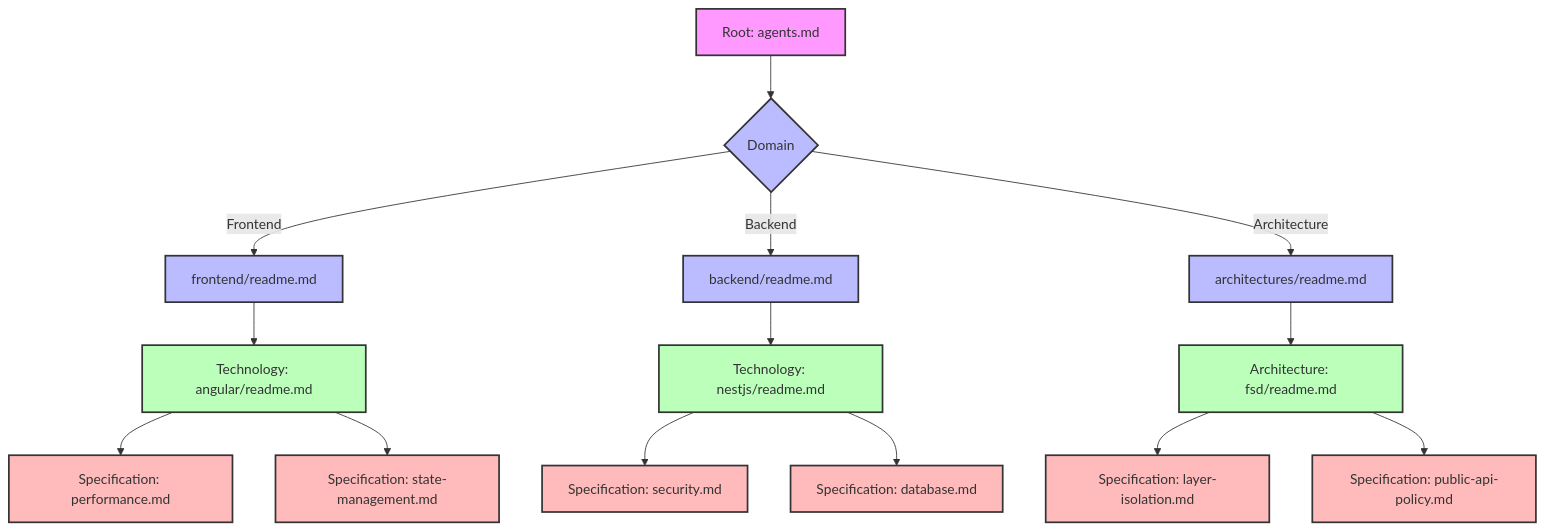
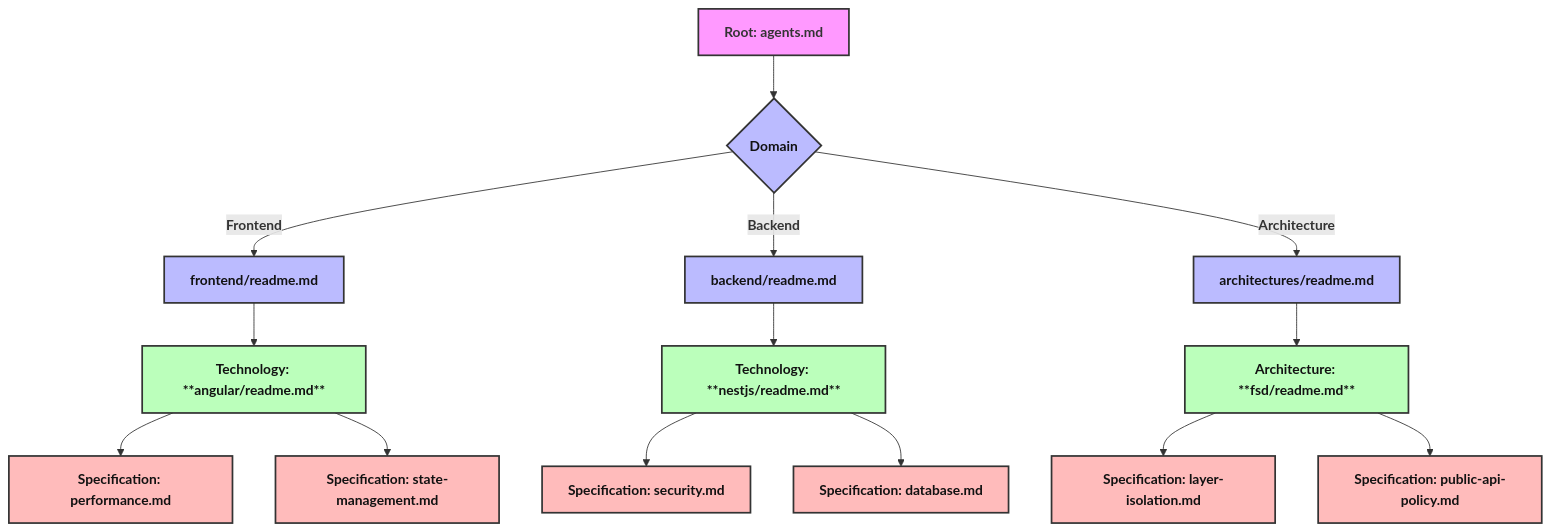
Before and after one commit to beginwebdev2002/best-practise: the diagram in readme.md, drawn with Mermaid. The commit also changed 1 other file, not shown here.

Commit message:
docs: improve Mermaid diagram readability by bolding node text and class definitions.

````diff
--- a/readme.md
+++ b/readme.md
@@ -63,31 +63,31 @@
 ```mermaid
 graph TD
     A[Root: agents.md] --> B{Domain}
     B -->|Frontend| C1[frontend/readme.md]
     B -->|Backend| C2[backend/readme.md]
     B -->|Architecture|C3[architectures/readme.md]
     
-    C1 --> D1[Technology: angular/readme.md]
-    C2 --> D2[Technology: nestjs/readme.md]
-    C3 --> D3[Architecture: fsd/readme.md]
+    C1 --> D1[Technology: **angular/readme.md**]
+    C2 --> D2[Technology: **nestjs/readme.md**]
+    C3 --> D3[Architecture: **fsd/readme.md**]
     
     D1 --> E1[Specification: performance.md]
     D1 --> E2[Specification: state-management.md]
     
     D2 --> E3[Specification: security.md]
     D2 --> E4[Specification: database.md]
 
     D3 --> E5[Specification: layer-isolation.md]
     D3 --> E6[Specification: public-api-policy.md]
     
     %% Styling
-    classDef root fill:#f9f,stroke:#333,stroke-width:2px;
-    classDef domain fill:#bbf,stroke:#333,stroke-width:2px;
-    classDef tech fill:#bfb,stroke:#333,stroke-width:2px;
-    classDef spec fill:#fbb,stroke:#333,stroke-width:2px;
+    classDef root fill:#f9f,font-weight:bold,stroke:#333,stroke-width:2px;
+    classDef domain fill:#bbf,font-weight:bold,stroke:#333,stroke-width:2px,color:#111;
+    classDef tech fill:#bfb,font-weight:bold,stroke:#333,stroke-width:2px,color:#111;
+    classDef spec fill:#fbb,font-weight:bold,stroke:#333,stroke-width:2px,color:#111;
     
     class A root;
     class B,C1,C2,C3 domain;
     class D1,D2,D3 tech;
     class E1,E2,E3,E4,E5,E6 spec;
 ```
````
